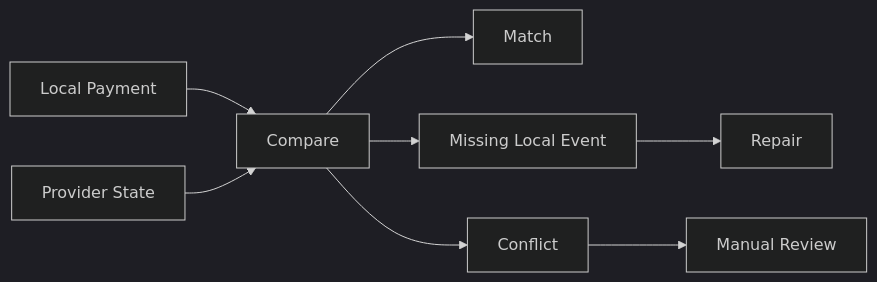
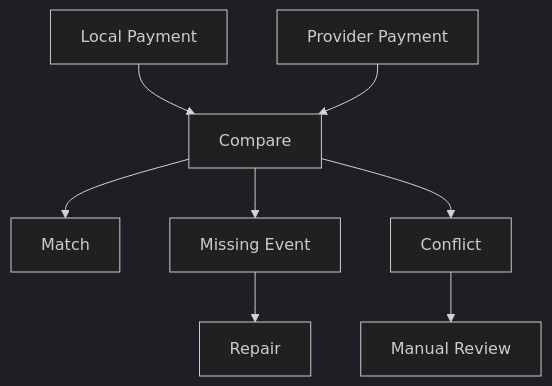
Before and after one commit to D-engahmed/OMILINKS: the second of 2 diagrams in docs/integrations/paymob.md, drawn with Mermaid (dark theme). The commit also changed other lines of this file and 3 other files, not shown here.

```diff
--- a/docs/integrations/paymob.md
+++ b/docs/integrations/paymob.md
@@ -109,10 +80,10 @@
 ~~~mermaid
-flowchart LR
+flowchart TD
 LOCAL[Local Payment] --> COMPARE[Compare]
-PROVIDER[Provider State] --> COMPARE
+PROVIDER[Provider Payment] --> COMPARE
 COMPARE --> MATCH[Match]
-COMPARE --> MISSING[Missing Local Event]
+COMPARE --> MISSING[Missing Event]
 COMPARE --> CONFLICT[Conflict]
 MISSING --> REPAIR[Repair]
 CONFLICT --> REVIEW[Manual Review]
 ~~~
```
